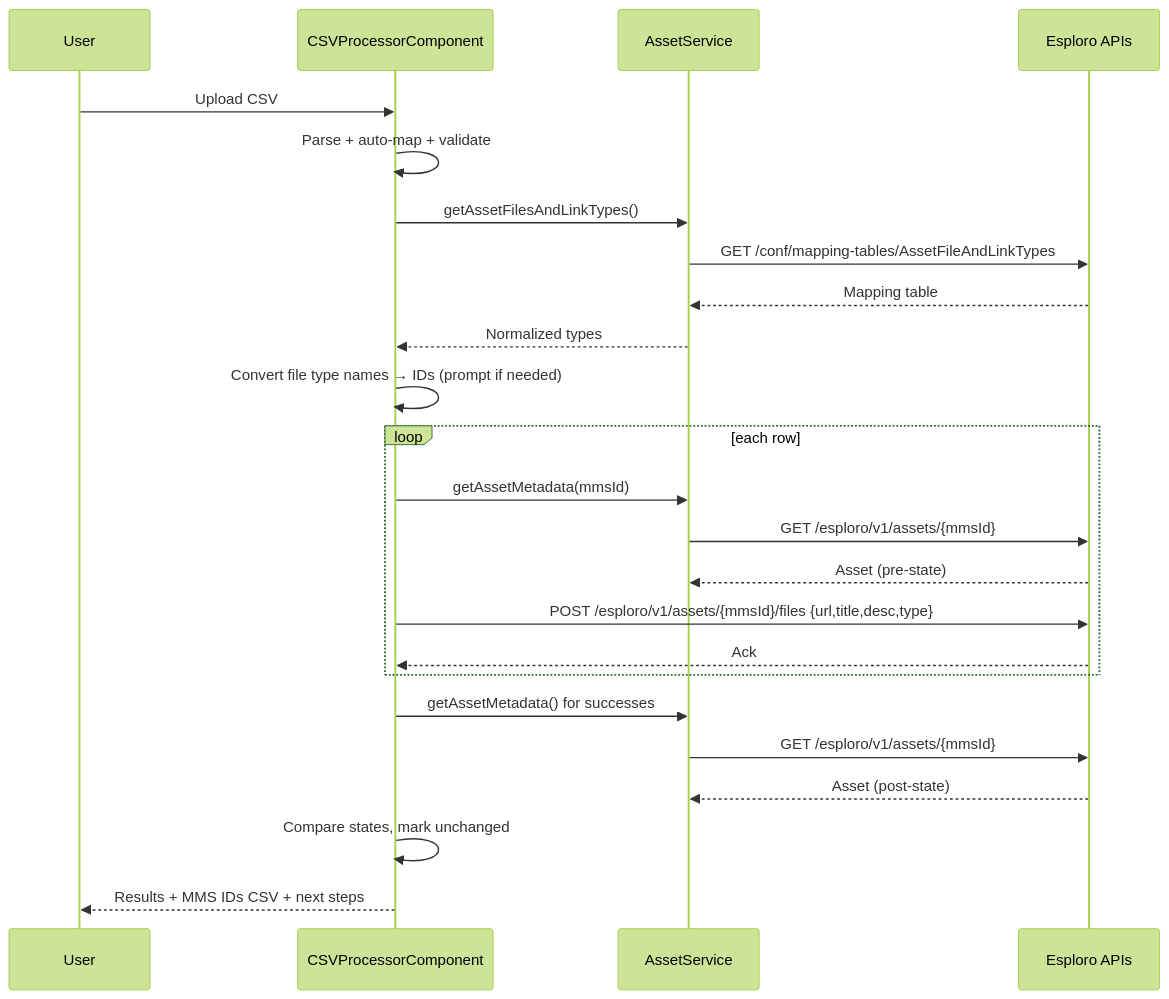
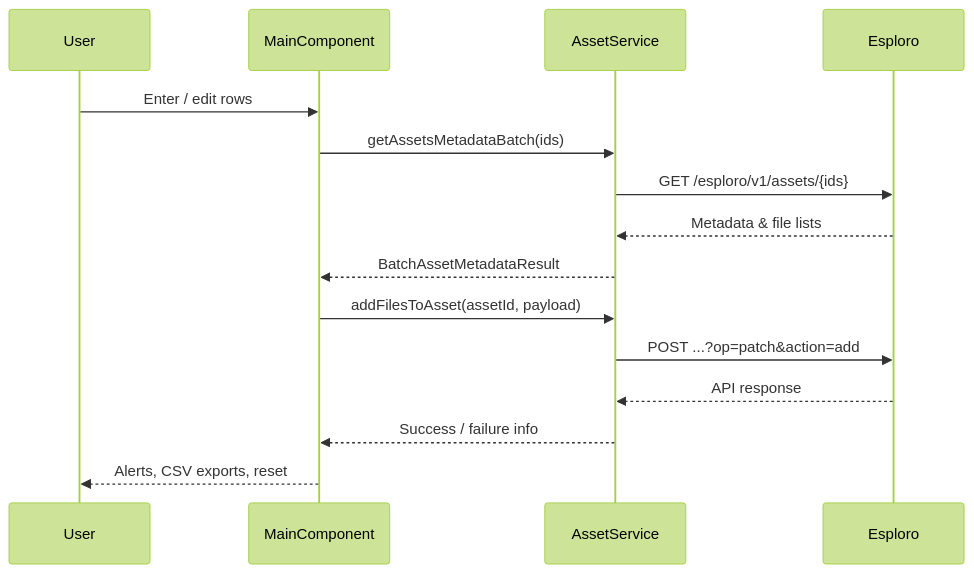
The first of 2 diagrams in explaination.md (Testing-Environment/esploro-csv-researcher-loader), drawn with Mermaid (forest theme) before and after one commit. The commit also changed other lines of this file and 7 other files, not shown here.

````diff
--- a/explaination.md
+++ b/explaination.md
@@ -472,27 +117,18 @@
 ```mermaid
 sequenceDiagram
-  participant U as User
-  participant CSV as CSVProcessorComponent
-  participant S as AssetService
-  participant E as Esploro APIs
+  participant User
+  participant Main as MainComponent
+  participant AssetSvc as AssetService
+  participant Esploro
 
-  U->>CSV: Upload CSV
-  CSV->>CSV: Parse + auto-map + validate
-  CSV->>S: getAssetFilesAndLinkTypes()
-  S->>E: GET /conf/mapping-tables/AssetFileAndLinkTypes
-  E-->>S: Mapping table
-  S-->>CSV: Normalized types
-  CSV->>CSV: Convert file type names → IDs (prompt if needed)
-  loop each row
-    CSV->>S: getAssetMetadata(mmsId)
-    S->>E: GET /esploro/v1/assets/{mmsId}
-    E-->>S: Asset (pre-state)
-    CSV->>E: POST /esploro/v1/assets/{mmsId}/files {url,title,desc,type}
-    E-->>CSV: Ack
-  end
-  CSV->>S: getAssetMetadata() for successes
-  S->>E: GET /esploro/v1/assets/{mmsId}
-  E-->>S: Asset (post-state)
-  CSV->>CSV: Compare states, mark unchanged
-  CSV-->>U: Results + MMS IDs CSV + next steps
+  User->>Main: Enter / edit rows
+  Main->>AssetSvc: getAssetsMetadataBatch(ids)
+  AssetSvc->>Esploro: GET /esploro/v1/assets/{ids}
+  Esploro-->>AssetSvc: Metadata & file lists
+  AssetSvc-->>Main: BatchAssetMetadataResult
+  Main->>AssetSvc: addFilesToAsset(assetId, payload)
+  AssetSvc->>Esploro: POST ...?op=patch&action=add
+  Esploro-->>AssetSvc: API response
+  AssetSvc-->>Main: Success / failure info
+  Main-->>User: Alerts, CSV exports, reset
 ```
````
